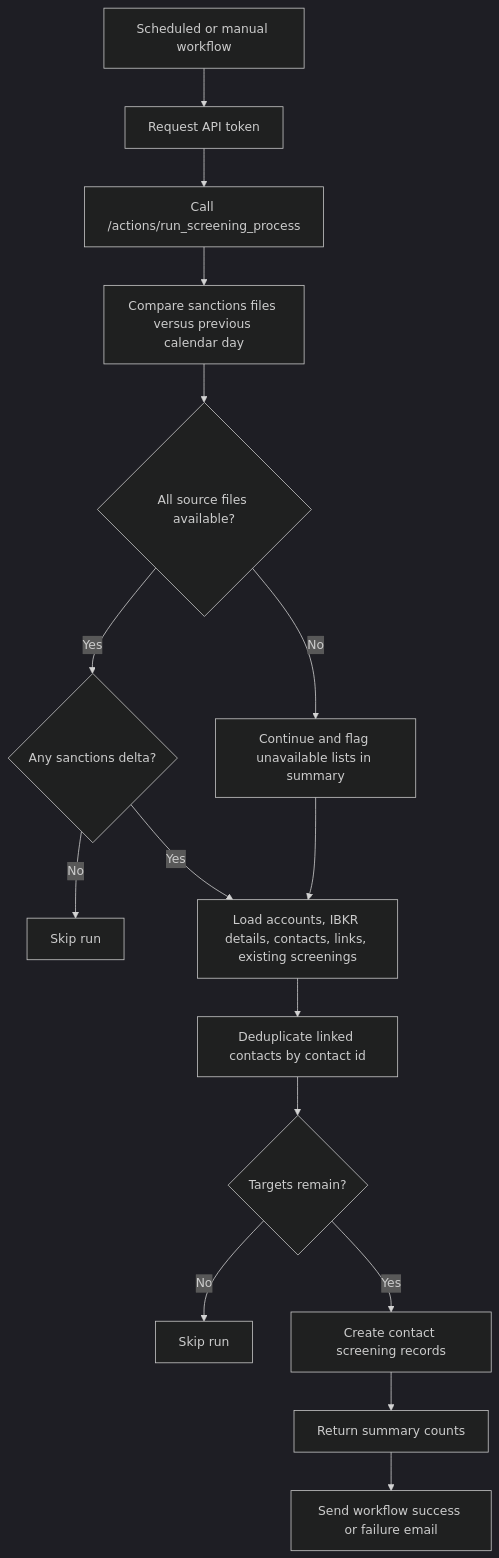
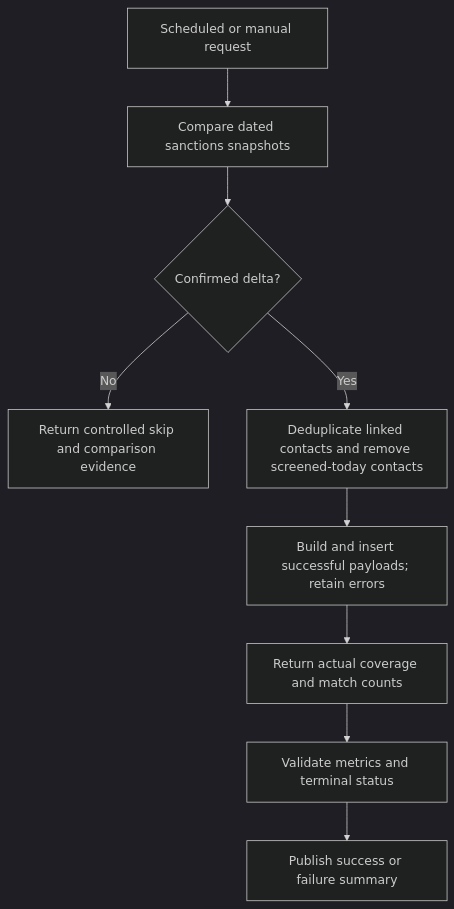
The diagram in processes/01-daily-screening-run.md (agmtrader/compliance), drawn with Mermaid (dark theme) before and after one commit. The commit also changed other lines of this file and 13 other files, not shown here.

````diff
--- a/processes/01-daily-screening-run.md
+++ b/processes/01-daily-screening-run.md
@@ -45,18 +44,11 @@
 ```mermaid
 flowchart TD
-    A["Scheduled or manual workflow"] --> B["Request API token"]
-    B --> C["Call /actions/run_screening_process"]
-    C --> D["Compare sanctions files versus previous calendar day"]
-    D --> E{"All source files available?"}
-    E -- "No" --> F["Continue and flag unavailable lists in summary"]
-    E -- "Yes" --> G{"Any sanctions delta?"}
-    G -- "No" --> H["Skip run"]
-    G -- "Yes" --> I["Load accounts, IBKR details, contacts, links, existing screenings"]
-    F --> I
-    I --> J["Deduplicate linked contacts by contact id"]
-    J --> K{"Targets remain?"}
-    K -- "No" --> L["Skip run"]
-    K -- "Yes" --> M["Create contact screening records"]
-    M --> N["Return summary counts"]
-    N --> O["Send workflow success or failure email"]
+    A[Scheduled or manual request] --> B[Compare dated sanctions snapshots]
+    B --> C{Confirmed delta?}
+    C -- No --> D[Return controlled skip and comparison evidence]
+    C -- Yes --> E[Deduplicate linked contacts and remove screened-today contacts]
+    E --> F[Build and insert successful payloads; retain errors]
+    F --> G[Return actual coverage and match counts]
+    G --> H[Validate metrics and terminal status]
+    H --> I[Publish success or failure summary]
 ```
````
